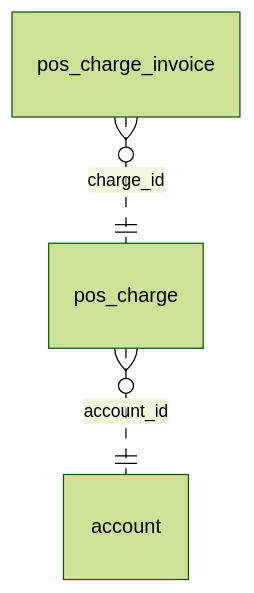
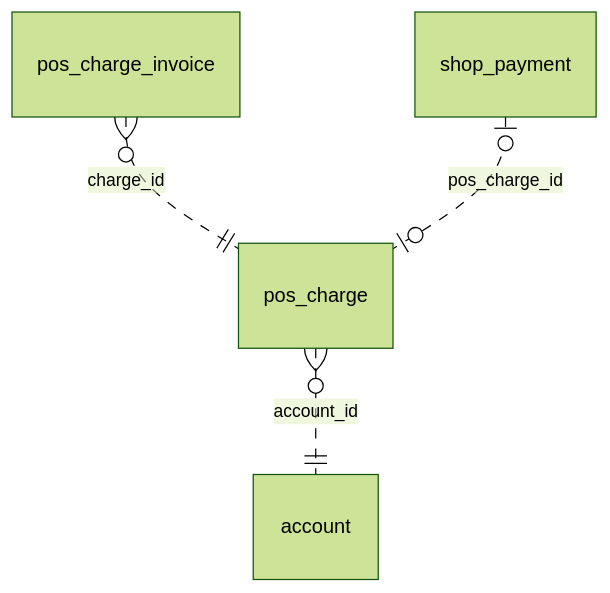
Before and after one commit to 21gifts/api: the diagram in docs/database/tables/pos_charge.md, drawn with Mermaid (forest theme). The commit also changed other lines of this file and 8 other files, not shown here.

Commit message:
Generate the database reference for the shop payment tables

````diff
--- a/docs/database/tables/pos_charge.md
+++ b/docs/database/tables/pos_charge.md
@@ -37,5 +38,6 @@
 ```mermaid
 erDiagram
     "pos_charge" }o..|| "account" : "account_id"
     "pos_charge_invoice" }o..|| "pos_charge" : "charge_id"
+    "shop_payment" |o..o| "pos_charge" : "pos_charge_id"
 ```
````
